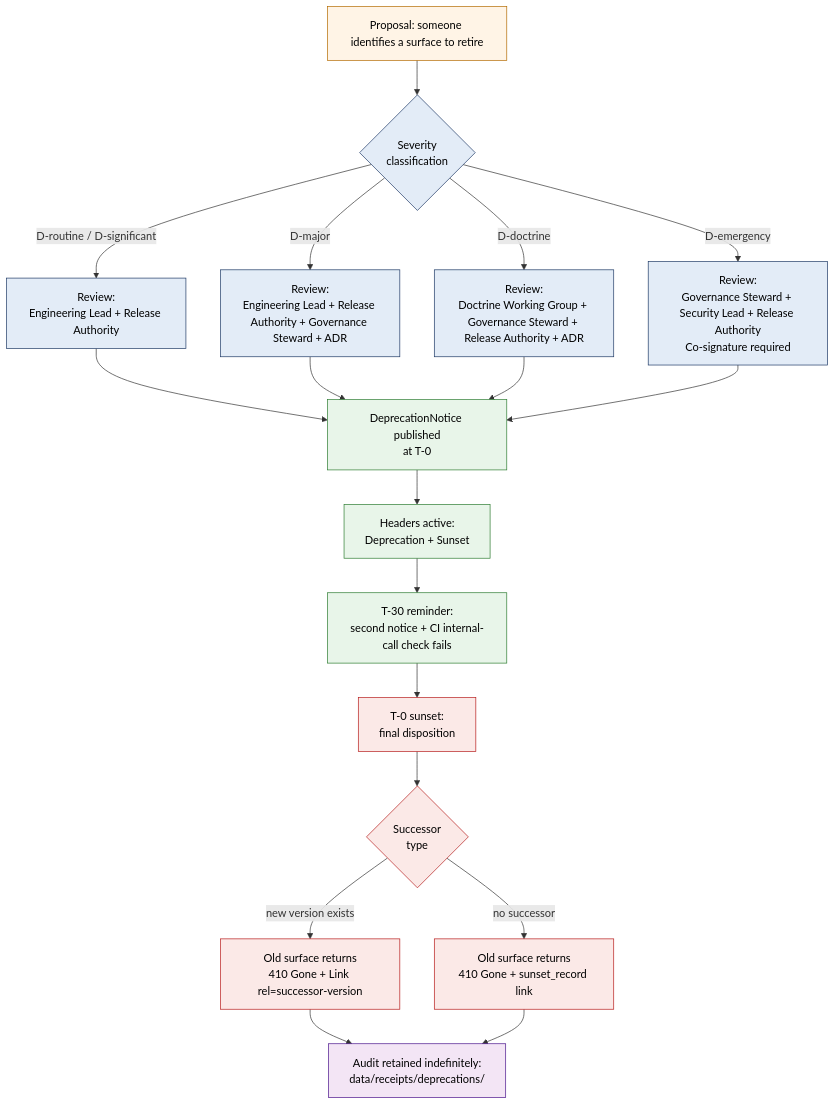
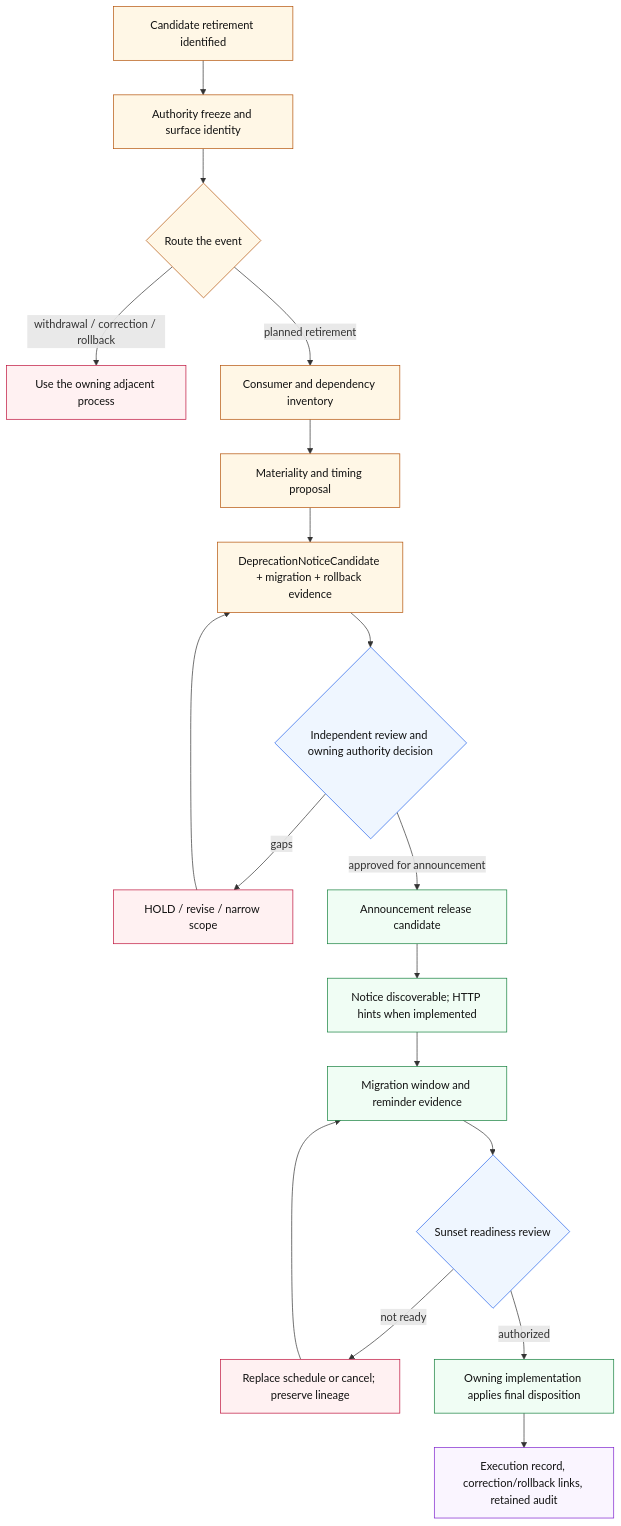
The diagram in docs/governance/DEPRECATION_PROCESS.md (bartytime4life/Kansas-Frontier-Matrix), drawn with Mermaid before and after one commit. The commit also changed other lines of this file, not shown here.

Commit message:
docs(governance): reconcile deprecation process

````diff
--- a/docs/governance/DEPRECATION_PROCESS.md
+++ b/docs/governance/DEPRECATION_PROCESS.md
@@ -232,31 +360,31 @@
 ```mermaid
 flowchart TD
-  A[Proposal: someone identifies a surface to retire] --> B{Severity<br/>classification}
-  B -- D-routine / D-significant --> C[Review:<br/>Engineering Lead + Release Authority]
-  B -- D-major --> D[Review:<br/>Engineering Lead + Release Authority + Governance Steward + ADR]
-  B -- D-doctrine --> DD[Review:<br/>Doctrine Working Group + Governance Steward + Release Authority + ADR]
-  B -- D-emergency --> E[Review:<br/>Governance Steward + Security Lead + Release Authority<br/>Co-signature required]
-  C --> F[DeprecationNotice published<br/>at T-0]
-  D --> F
-  DD --> F
-  E --> F
-  F --> G[Headers active:<br/>Deprecation + Sunset]
-  G --> H[T-30 reminder:<br/>second notice + CI internal-call check fails]
-  H --> I[T-0 sunset:<br/>final disposition]
-  I --> J{Successor<br/>type}
-  J -- new version exists --> K[Old surface returns<br/>410 Gone + Link rel=successor-version]
-  J -- no successor --> L[Old surface returns<br/>410 Gone + sunset_record link]
-  K --> M[Audit retained indefinitely:<br/>data/receipts/deprecations/]
-  L --> M
+    A[Candidate retirement identified] --> B[Authority freeze and surface identity]
+    B --> C{Route the event}
+    C -- withdrawal / correction / rollback --> X[Use the owning adjacent process]
+    C -- planned retirement --> D[Consumer and dependency inventory]
+    D --> E[Materiality and timing proposal]
+    E --> F[DeprecationNoticeCandidate + migration + rollback evidence]
+    F --> G{Independent review and owning authority decision}
+    G -- gaps --> H[HOLD / revise / narrow scope]
+    H --> F
+    G -- approved for announcement --> I[Announcement release candidate]
+    I --> J[Notice discoverable; HTTP hints when implemented]
+    J --> K[Migration window and reminder evidence]
+    K --> L{Sunset readiness review}
+    L -- not ready --> M[Replace schedule or cancel; preserve lineage]
+    M --> K
+    L -- authorized --> N[Owning implementation applies final disposition]
+    N --> O[Execution record, correction/rollback links, retained audit]
 
-  classDef proposal fill:#FFF4E6,stroke:#B36B00,color:#000;
-  classDef review fill:#E3ECF7,stroke:#1F3A66,color:#000;
-  classDef live fill:#E8F5E9,stroke:#2E7D32,color:#000;
-  classDef sunset fill:#FBE9E7,stroke:#B71C1C,color:#000;
-  classDef audit fill:#F3E5F5,stroke:#4A148C,color:#000;
-  class A proposal;
-  class B,C,D,DD,E review;
-  class F,G,H live;
-  class I,J,K,L sunset;
-  class M audit;
+    classDef proposal fill:#fff7e6,stroke:#b45309,color:#111;
+    classDef review fill:#eff6ff,stroke:#2563eb,color:#111;
+    classDef hold fill:#fff1f2,stroke:#be123c,color:#111;
+    classDef active fill:#f0fdf4,stroke:#15803d,color:#111;
+    classDef audit fill:#faf5ff,stroke:#7e22ce,color:#111;
+    class A,B,C,D,E,F proposal;
+    class G,L review;
+    class H,M,X hold;
+    class I,J,K,N active;
+    class O audit;
 ```
````
